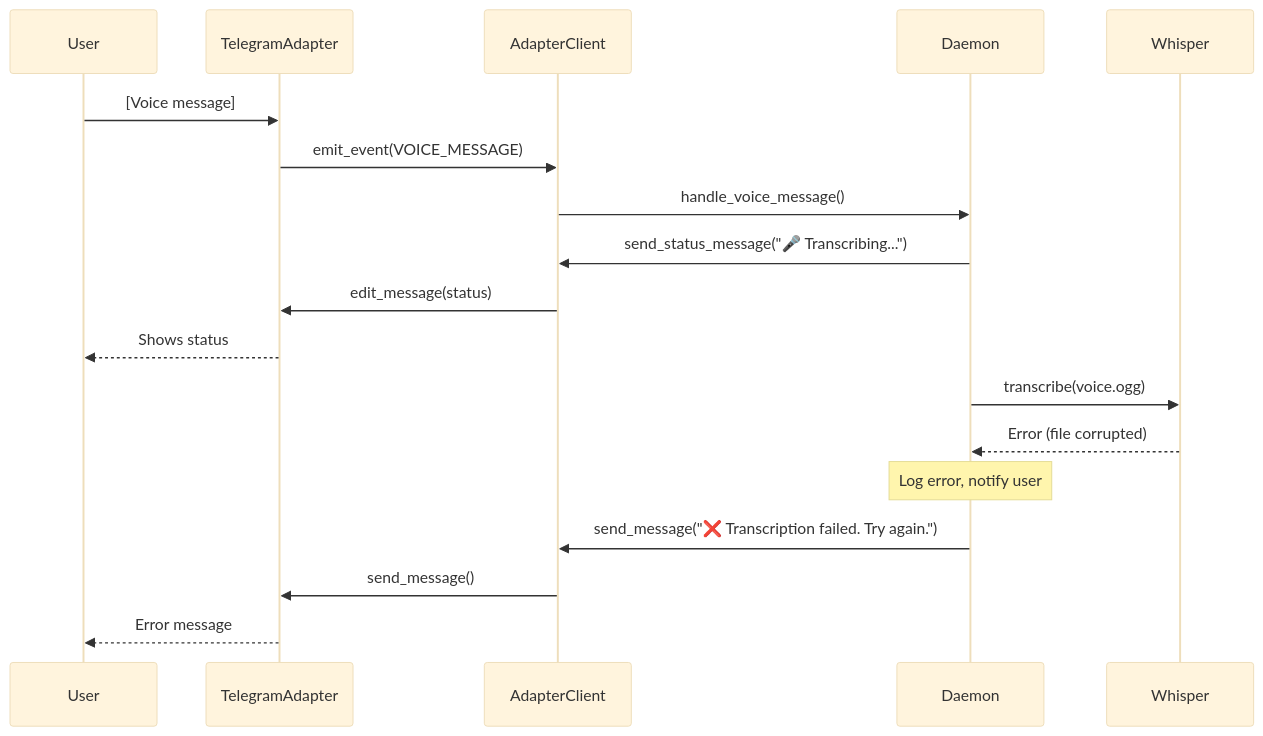
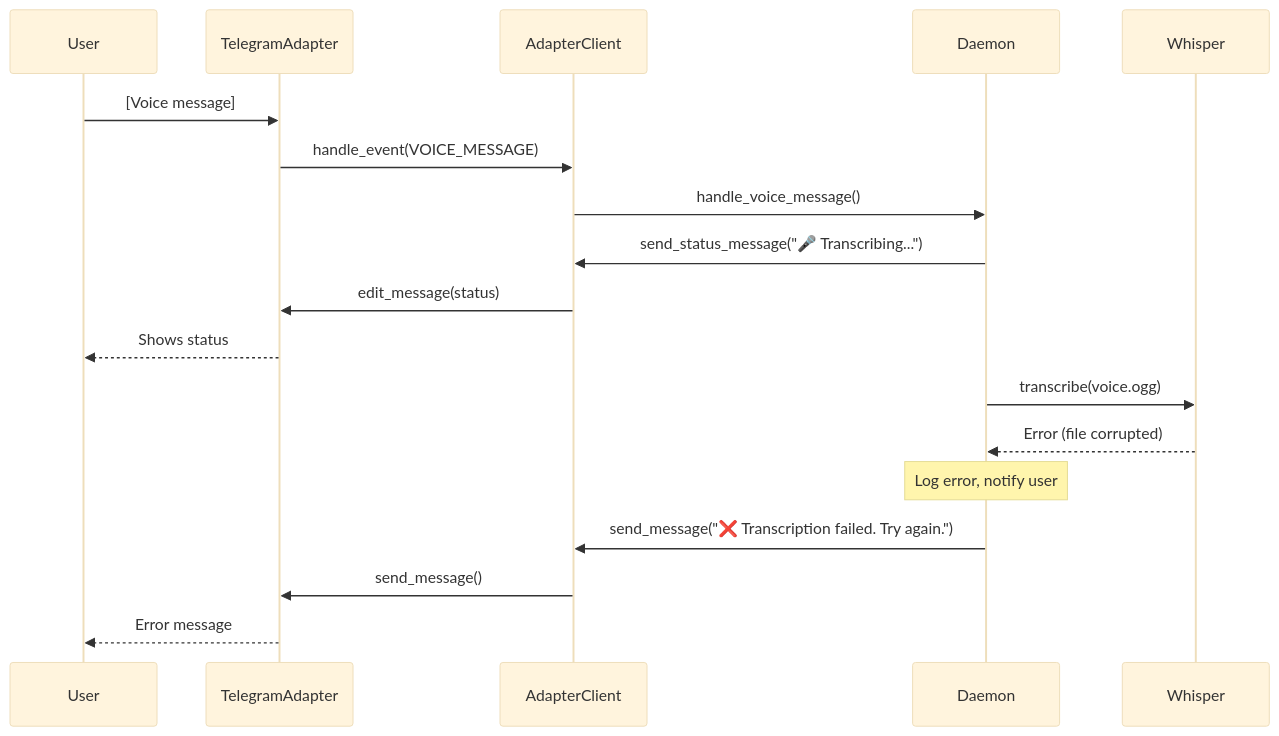
Before and after one commit to InstruktAI/TeleClaude: diagram 12 of 14 in docs/use_cases.md, drawn with Mermaid (base theme). The commit also changed other lines of this file and 22 other files, not shown here.

````diff
--- a/docs/use_cases.md
+++ b/docs/use_cases.md
@@ -614,24 +624,24 @@
 ```mermaid
 sequenceDiagram
     participant User
     participant TG as TelegramAdapter
     participant Client as AdapterClient
     participant Daemon
     participant Whisper
 
     User->>TG: [Voice message]
-    TG->>Client: emit_event(VOICE_MESSAGE)
+    TG->>Client: handle_event(VOICE_MESSAGE)
     Client->>Daemon: handle_voice_message()
 
     Daemon->>Client: send_status_message("🎤 Transcribing...")
     Client->>TG: edit_message(status)
     TG-->>User: Shows status
 
     Daemon->>Whisper: transcribe(voice.ogg)
     Whisper-->>Daemon: Error (file corrupted)
 
     Note over Daemon: Log error, notify user
     Daemon->>Client: send_message("❌ Transcription failed. Try again.")
     Client->>TG: send_message()
     TG-->>User: Error message
 ```
````
